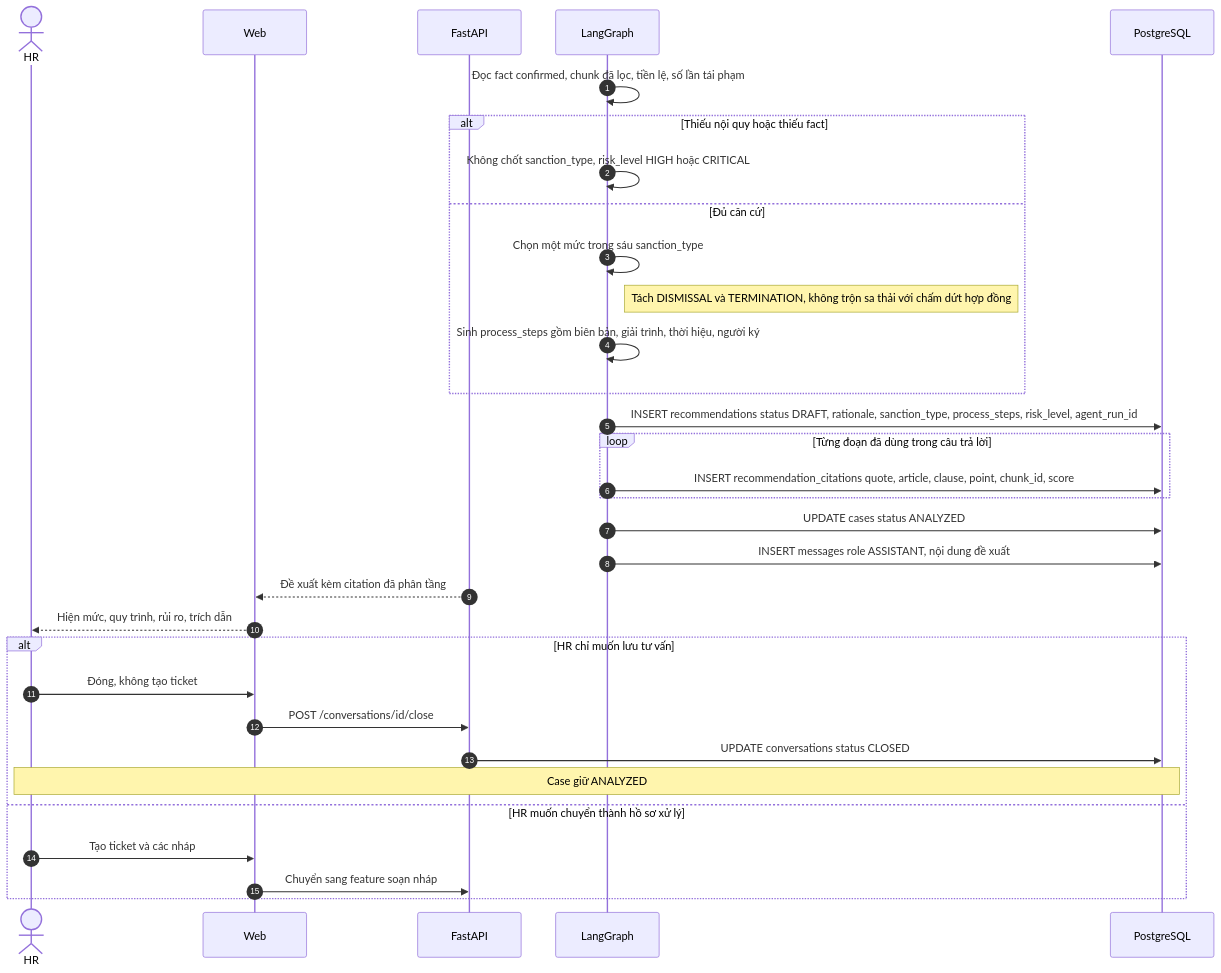
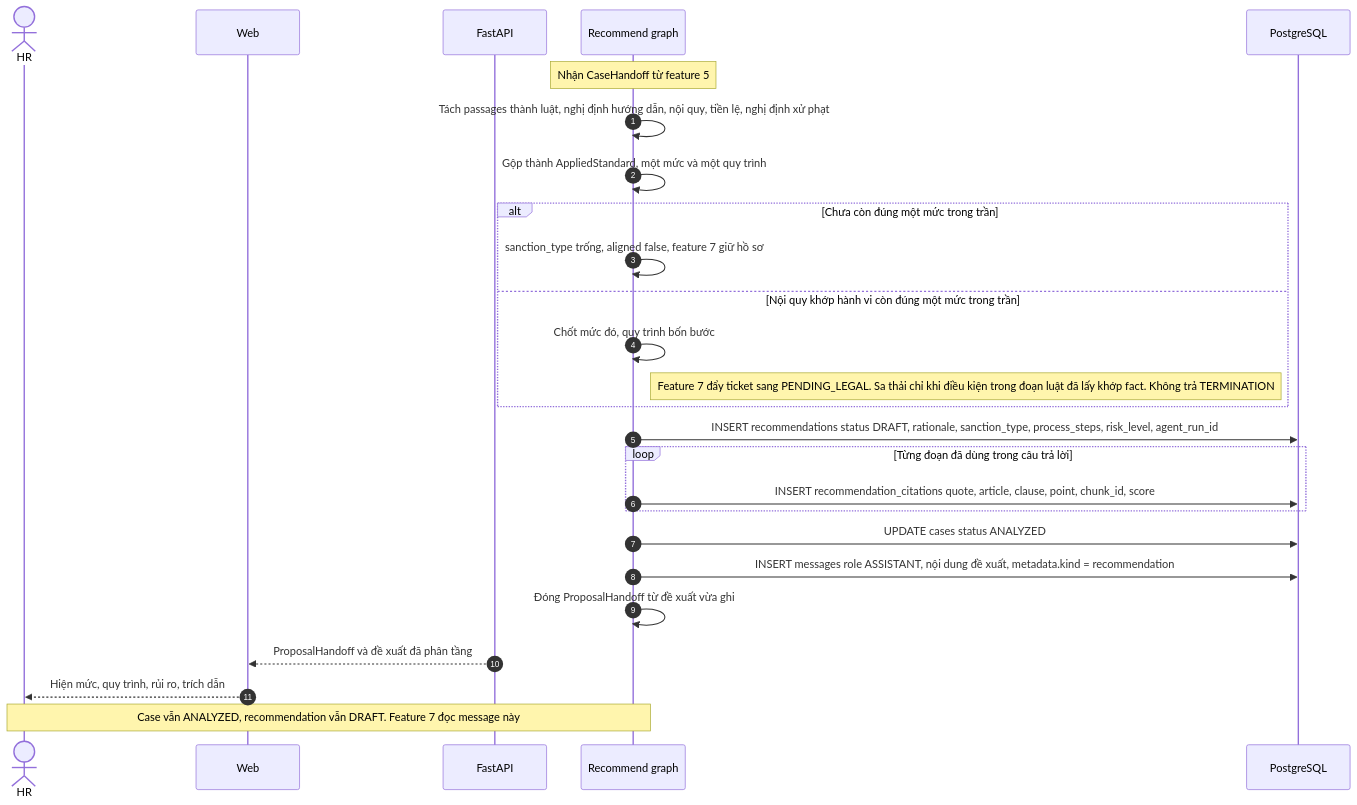
Before and after one commit to Tuan-Nguyen-Minhh/HRHelp: the eighth of 15 diagrams in docs/features/features.md, drawn with Mermaid. The commit also changed other lines of this file and 20 other files, not shown here.

Commit message:
feat(proposal): Enhance proposal handling with new draft and dispatch logic

````diff
--- a/docs/features/features.md
+++ b/docs/features/features.md
@@ -444,35 +465,29 @@
 ```mermaid
 sequenceDiagram
     autonumber
     actor HR as HR
     participant UI as Web
     participant API as FastAPI
-    participant AG as LangGraph
+    participant AG as Recommend graph
     participant DB as PostgreSQL
 
-    AG->>AG: Đọc fact confirmed, chunk đã lọc, tiền lệ, số lần tái phạm
-    alt Thiếu nội quy hoặc thiếu fact
-        AG->>AG: Không chốt sanction_type, risk_level HIGH hoặc CRITICAL
-    else Đủ căn cứ
-        AG->>AG: Chọn một mức trong sáu sanction_type
-        Note right of AG: Tách DISMISSAL và TERMINATION, không trộn sa thải với chấm dứt hợp đồng
-        AG->>AG: Sinh process_steps gồm biên bản, giải trình, thời hiệu, người ký
+    Note over AG: Nhận CaseHandoff từ feature 5
+    AG->>AG: Tách passages thành luật, nghị định hướng dẫn, nội quy, tiền lệ, nghị định xử phạt
+    AG->>AG: Gộp thành AppliedStandard, một mức và một quy trình
+    alt Chưa còn đúng một mức trong trần
+        AG->>AG: sanction_type trống, aligned false, feature 7 giữ hồ sơ
+    else Nội quy khớp hành vi còn đúng một mức trong trần
+        AG->>AG: Chốt mức đó, quy trình bốn bước
+        Note right of AG: Feature 7 đẩy ticket sang PENDING_LEGAL. Sa thải chỉ khi điều kiện trong đoạn luật đã lấy khớp fact. Không trả TERMINATION
     end
     AG->>DB: INSERT recommendations status DRAFT, rationale, sanction_type, process_steps, risk_level, agent_run_id
     loop Từng đoạn đã dùng trong câu trả lời
         AG->>DB: INSERT recommendation_citations quote, article, clause, point, chunk_id, score
     end
     AG->>DB: UPDATE cases status ANALYZED
-    AG->>DB: INSERT messages role ASSISTANT, nội dung đề xuất
-    API-->>UI: Đề xuất kèm citation đã phân tầng
+    AG->>DB: INSERT messages role ASSISTANT, nội dung đề xuất, metadata.kind = recommendation
+    AG->>AG: Đóng ProposalHandoff từ đề xuất vừa ghi
+    API-->>UI: ProposalHandoff và đề xuất đã phân tầng
     UI-->>HR: Hiện mức, quy trình, rủi ro, trích dẫn
-    alt HR chỉ muốn lưu tư vấn
-        HR->>UI: Đóng, không tạo ticket
-        UI->>API: POST /conversations/id/close
-        API->>DB: UPDATE conversations status CLOSED
-        Note over HR,DB: Case giữ ANALYZED
-    else HR muốn chuyển thành hồ sơ xử lý
-        HR->>UI: Tạo ticket và các nháp
-        UI->>API: Chuyển sang feature soạn nháp
-    end
+    Note over AG,HR: Case vẫn ANALYZED, recommendation vẫn DRAFT. Feature 7 đọc message này
 ```
````
